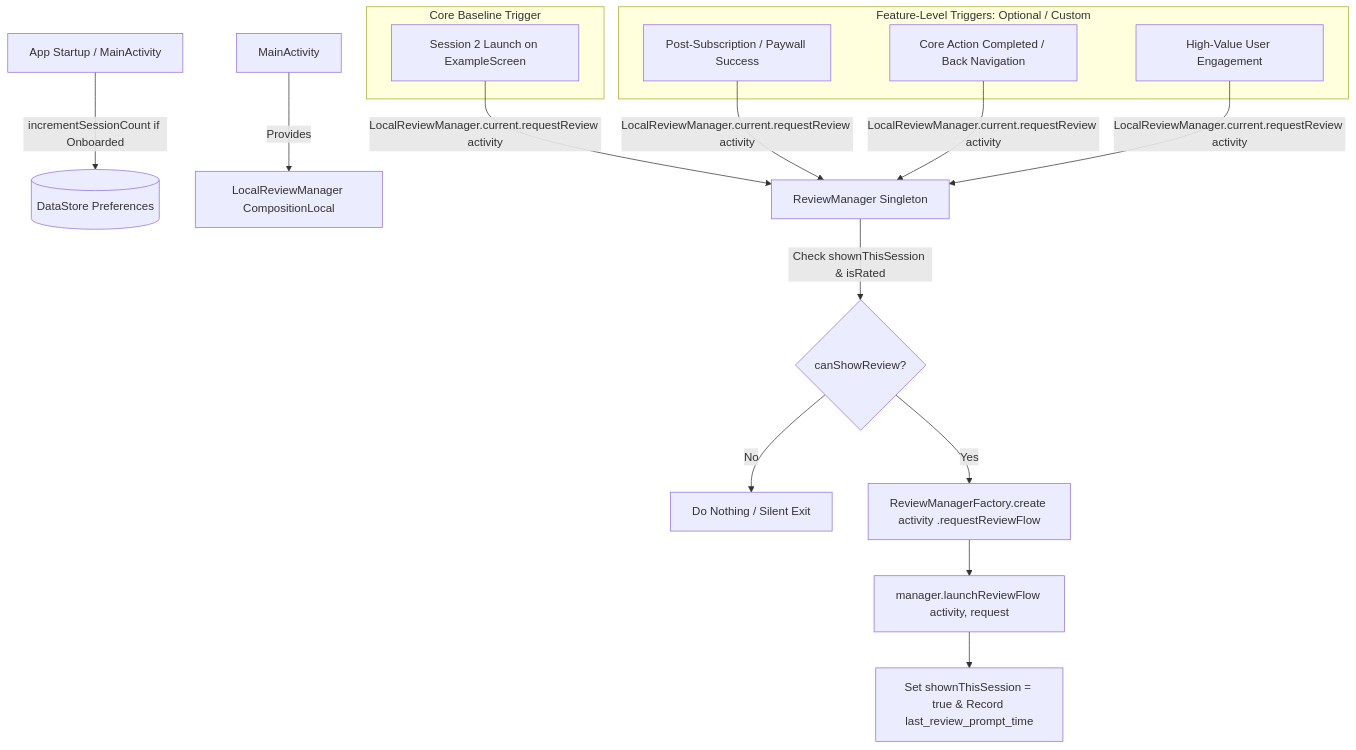
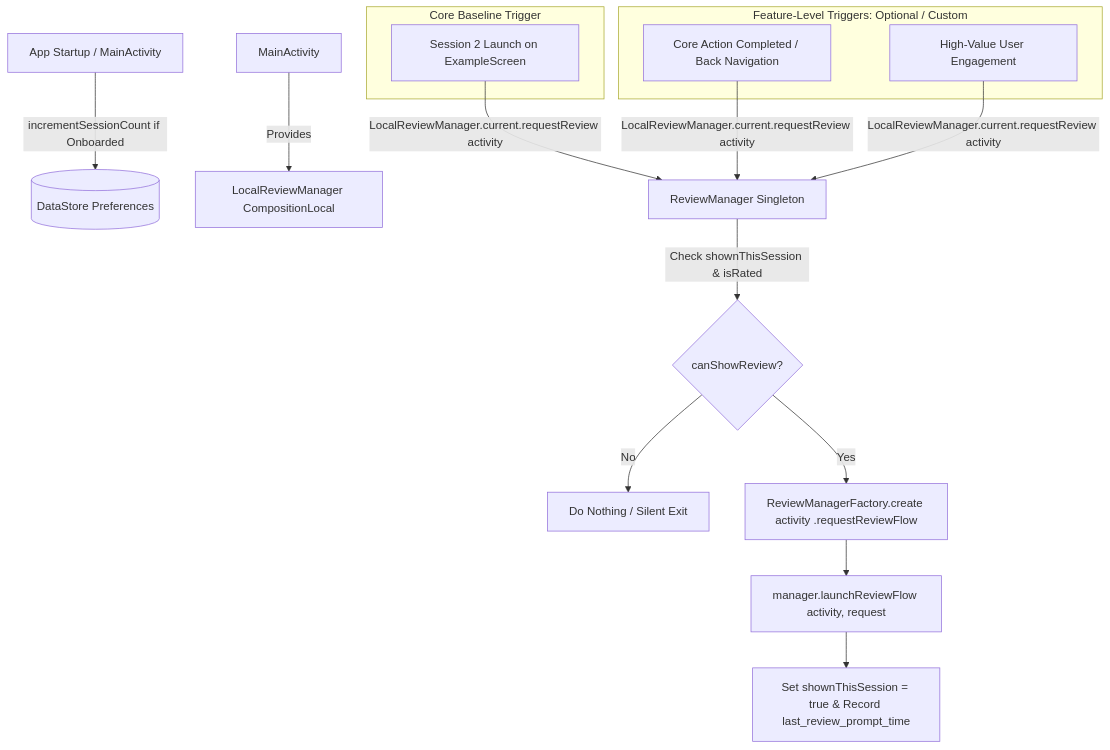
Before and after one commit to ChienDev03/code_base_iaa: the diagram in .ai-kb/features/app_rating_review_specification.md, drawn with Mermaid. The commit also changed other lines of this file and 70 other files, not shown here.

````diff
--- a/.ai-kb/features/app_rating_review_specification.md
+++ b/.ai-kb/features/app_rating_review_specification.md
@@ -39,24 +39,23 @@
 ```mermaid
 flowchart TD
     AppLaunch[App Startup / MainActivity] --> |incrementSessionCount if Onboarded| DataStore[(DataStore Preferences)]
     
     MainActivity --> |Provides| LocalReviewManager[LocalReviewManager CompositionLocal]
     
     subgraph Core Baseline Trigger
         TP1[Session 2 Launch on ExampleScreen]
     end
 
     subgraph Feature-Level Triggers: Optional / Custom
-        TP2[Post-Subscription / Paywall Success]
-        TP3[Core Action Completed / Back Navigation]
-        TP4[High-Value User Engagement]
+        TP2[Core Action Completed / Back Navigation]
+        TP3[High-Value User Engagement]
     end
     
-    TP1 & TP2 & TP3 & TP4 --> |LocalReviewManager.current.requestReview activity| ReviewManager[ReviewManager Singleton]
+    TP1 & TP2 & TP3 --> |LocalReviewManager.current.requestReview activity| ReviewManager[ReviewManager Singleton]
     
     ReviewManager --> |Check shownThisSession & isRated| CanShow{canShowReview?}
     CanShow -- No --> Ignore[Do Nothing / Silent Exit]
     CanShow -- Yes --> PlayFlow[ReviewManagerFactory.create activity .requestReviewFlow]
     PlayFlow --> LaunchFlow[manager.launchReviewFlow activity, request]
     LaunchFlow --> UpdateState[Set shownThisSession = true & Record last_review_prompt_time]
 ```
````
